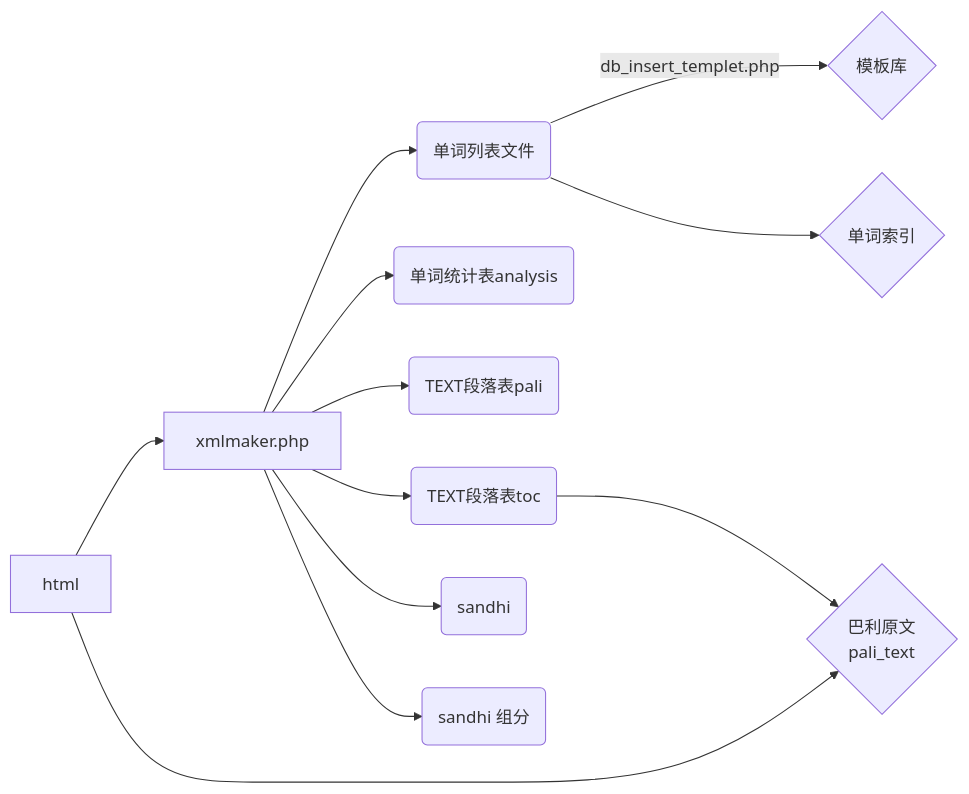
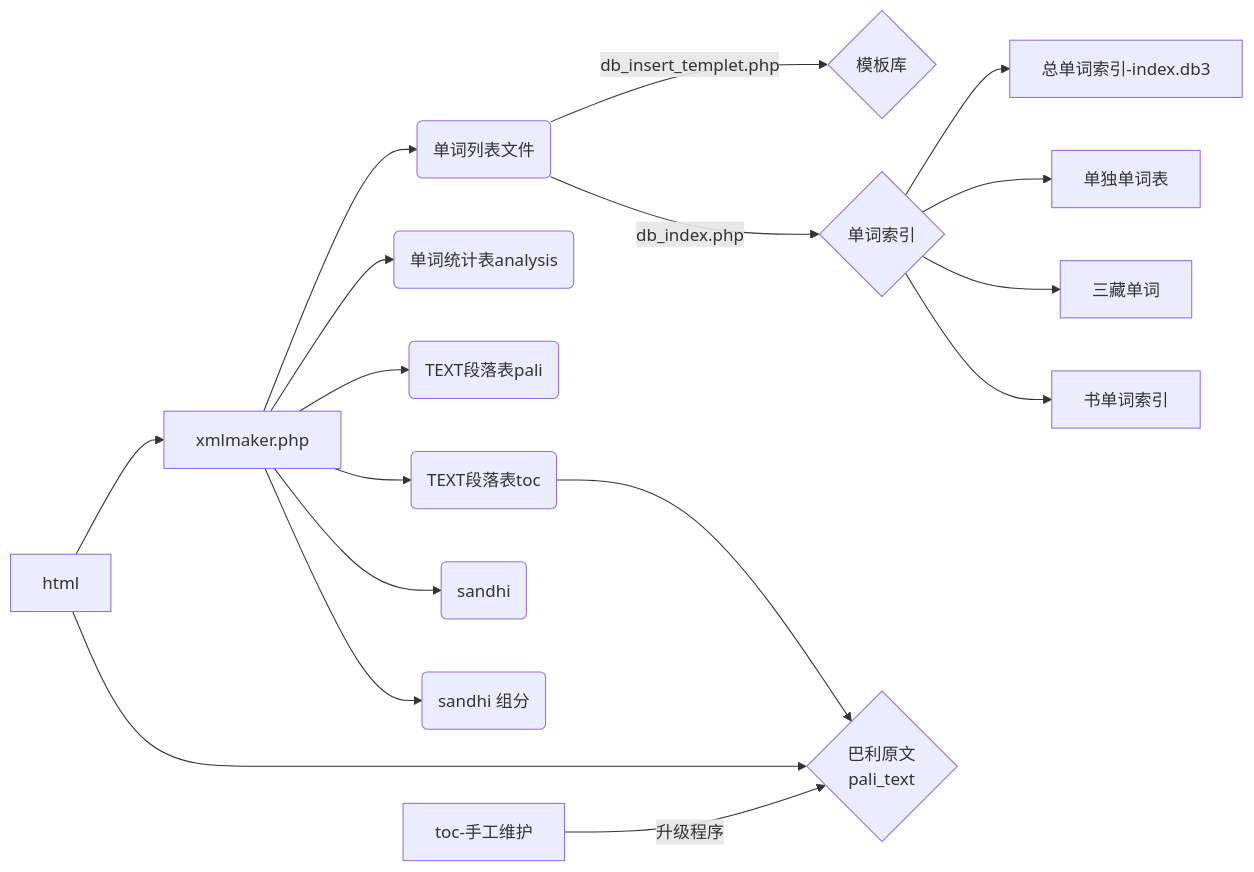
The diagram in app/install/readme.md (iapt-platform/mint), drawn with Mermaid before and after one commit. The commit also changed 18 other files, not shown here.

````diff
--- a/app/install/readme.md
+++ b/app/install/readme.md
@@ -5,15 +5,19 @@
 ```mermaid
 graph LR
 html --> A[xmlmaker.php]
   A --> B(单词列表文件)
   A -->C(单词统计表analysis)
   A -->d(TEXT段落表pali)
   A -->e(TEXT段落表toc)
   A -->f(sandhi)
   A -->g(sandhi 组分)
   B -->|db_insert_templet.php| h{模板库}
-  B --> j{单词索引}
+  B -->|db_index.php| j{单词索引}
    e --> i
    html --> i{巴利原文<br>pali_text}
-
+  j --> 总单词索引-index.db3
+  j --> 单独单词表
+  j --> 三藏单词
+  j --> 书单词索引
+  toc-手工维护 --> |升级程序|i
 ```
````
